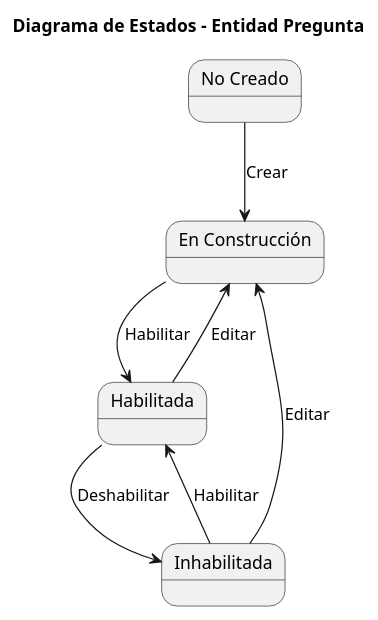
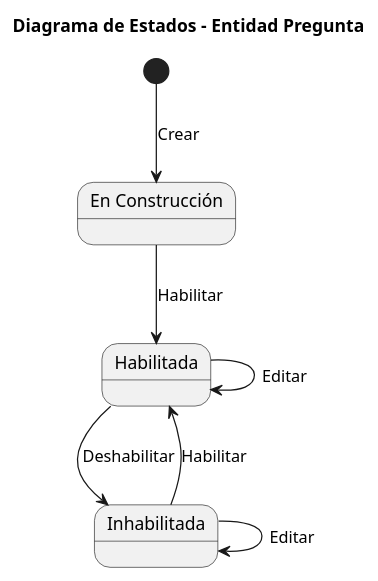
Before and after one commit to martinlopez7/25-26-IdSw1-SdR: the diagram in documents/modelos/diagramas/diagramaEstados/diagramaEstadosPregunta/diagramaEstadosPregunta.puml, drawn with PlantUML. The commit also changed 5 other files, not shown here.

Commit message:
fix(mdd): corrige los diagramas de estados de examen y pregunta [refs #68]

```diff
--- a/documents/modelos/diagramas/diagramaEstados/diagramaEstadosPregunta/diagramaEstadosPregunta.puml
+++ b/documents/modelos/diagramas/diagramaEstados/diagramaEstadosPregunta/diagramaEstadosPregunta.puml
@@ -1,17 +1,16 @@
 @startuml
 title Diagrama de Estados - Entidad Pregunta
 
-state "No Creado" as no_creado 
 state "En Construcción" as construccion 
 state "Habilitada" as habilitada
 state "Inhabilitada" as inhabilitada 
 
-no_creado --> construccion : Crear
+[*] --> construccion : Crear
 construccion --> habilitada : Habilitar
 
 habilitada --> inhabilitada : Deshabilitar
 inhabilitada --> habilitada : Habilitar
 
-habilitada --> construccion : Editar
-inhabilitada --> construccion : Editar
+habilitada --> habilitada : Editar
+inhabilitada --> inhabilitada : Editar
 @enduml
```
